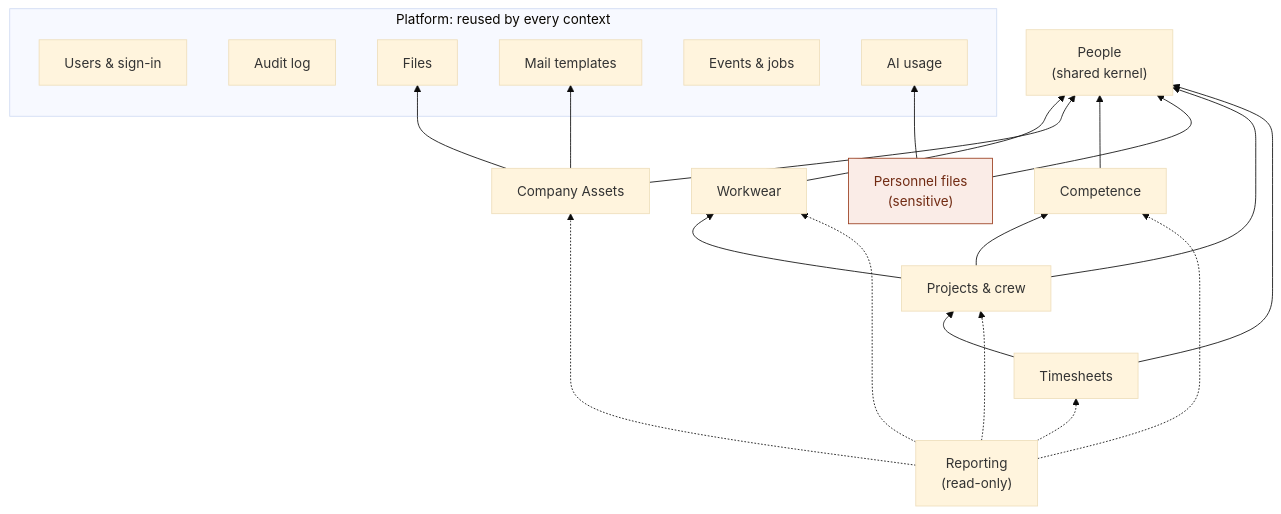
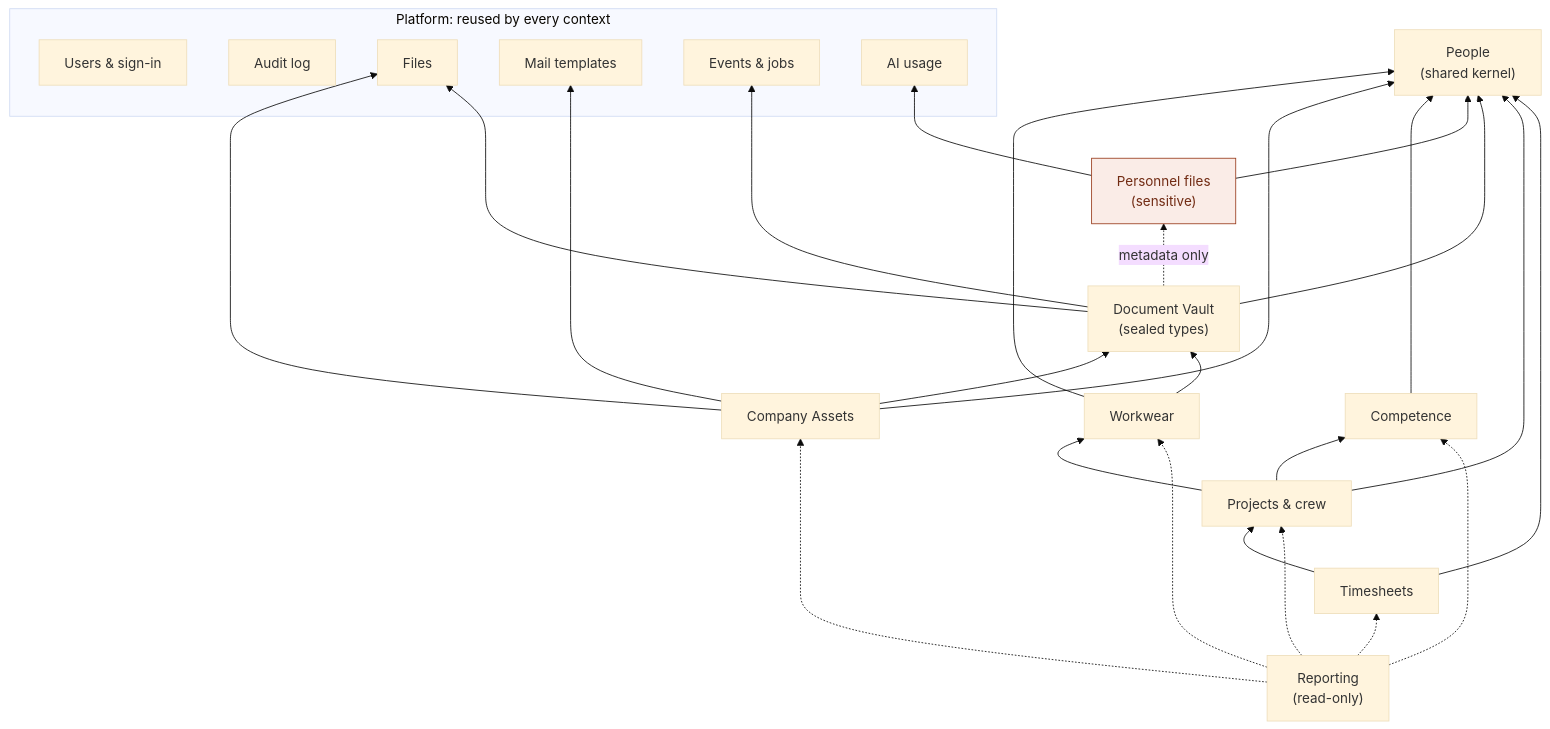
Before and after one commit to remisb/ppe-next2: the diagram in docs/architecture/context-map.md, drawn with Mermaid (base theme). The commit also changed other lines of this file and 8 other files, not shown here.

First line of the commit message:
Decide the Document Vault (ADR 0008, phase 0)

````diff
--- a/docs/architecture/context-map.md
+++ b/docs/architecture/context-map.md
@@ -17,41 +18,48 @@
 ```mermaid
 flowchart BT
     subgraph platform [Platform: reused by every context]
         iam[Users & sign-in]
         audit[Audit log]
         files[Files]
         mail[Mail templates]
         events[Events & jobs]
         ai[AI usage]
     end
 
     people["People<br/>(shared kernel)"]
     workwear[Workwear]
     assets[Company Assets]
     competence[Competence]
     personnel["Personnel files<br/>(sensitive)"]
+    vault["Document Vault<br/>(sealed types)"]
     projects[Projects & crew]
     time[Timesheets]
     reporting["Reporting<br/>(read-only)"]
 
     workwear --> people
     assets --> people
     assets --> files
     assets --> mail
     competence --> people
     personnel --> people
     personnel --> ai
+    vault --> people
+    vault --> files
+    vault --> events
+    vault -.->|metadata only| personnel
+    assets --> vault
+    workwear --> vault
     projects --> people
     projects --> workwear
     projects --> competence
     time --> projects
     time --> people
     reporting -.-> workwear
     reporting -.-> assets
     reporting -.-> competence
     reporting -.-> projects
     reporting -.-> time
 
     classDef sensitive fill:#FAECE7,stroke:#993C1D,color:#712B13
     class personnel sensitive
 ```
````
